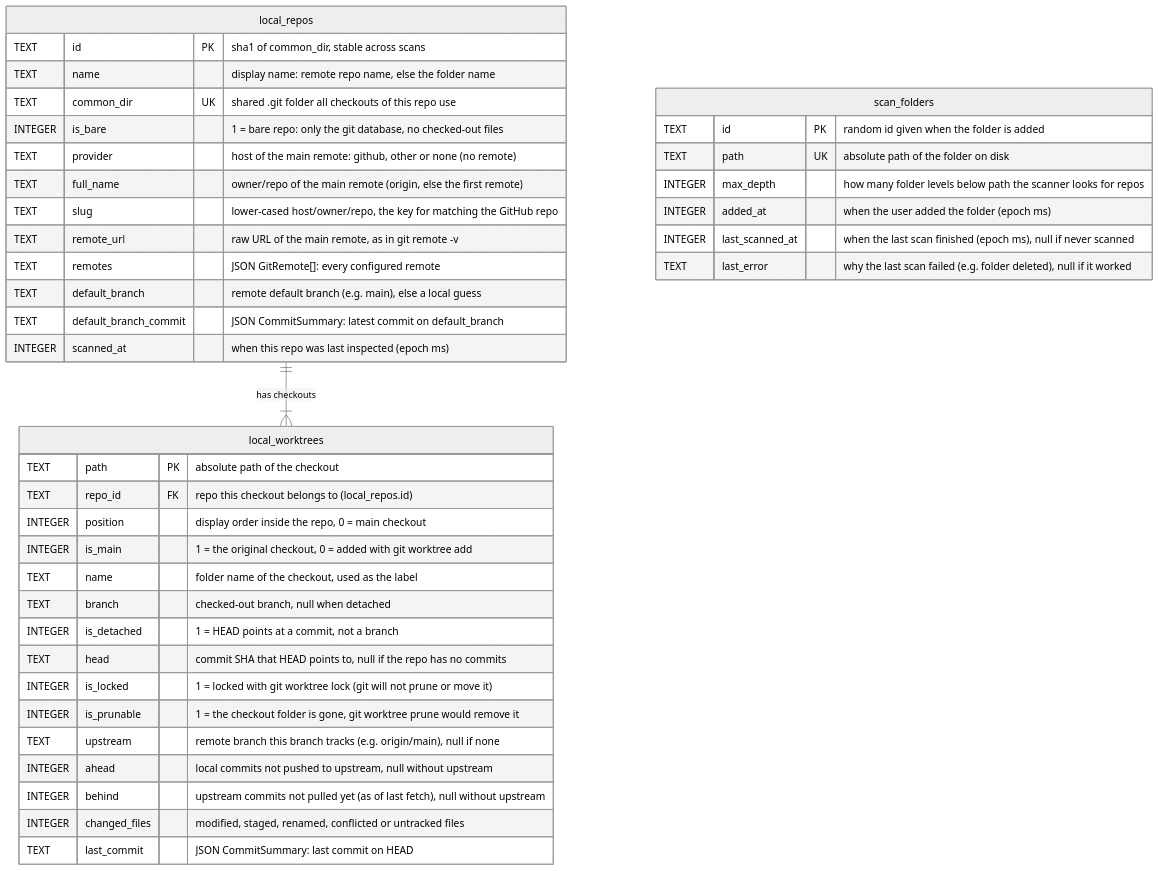
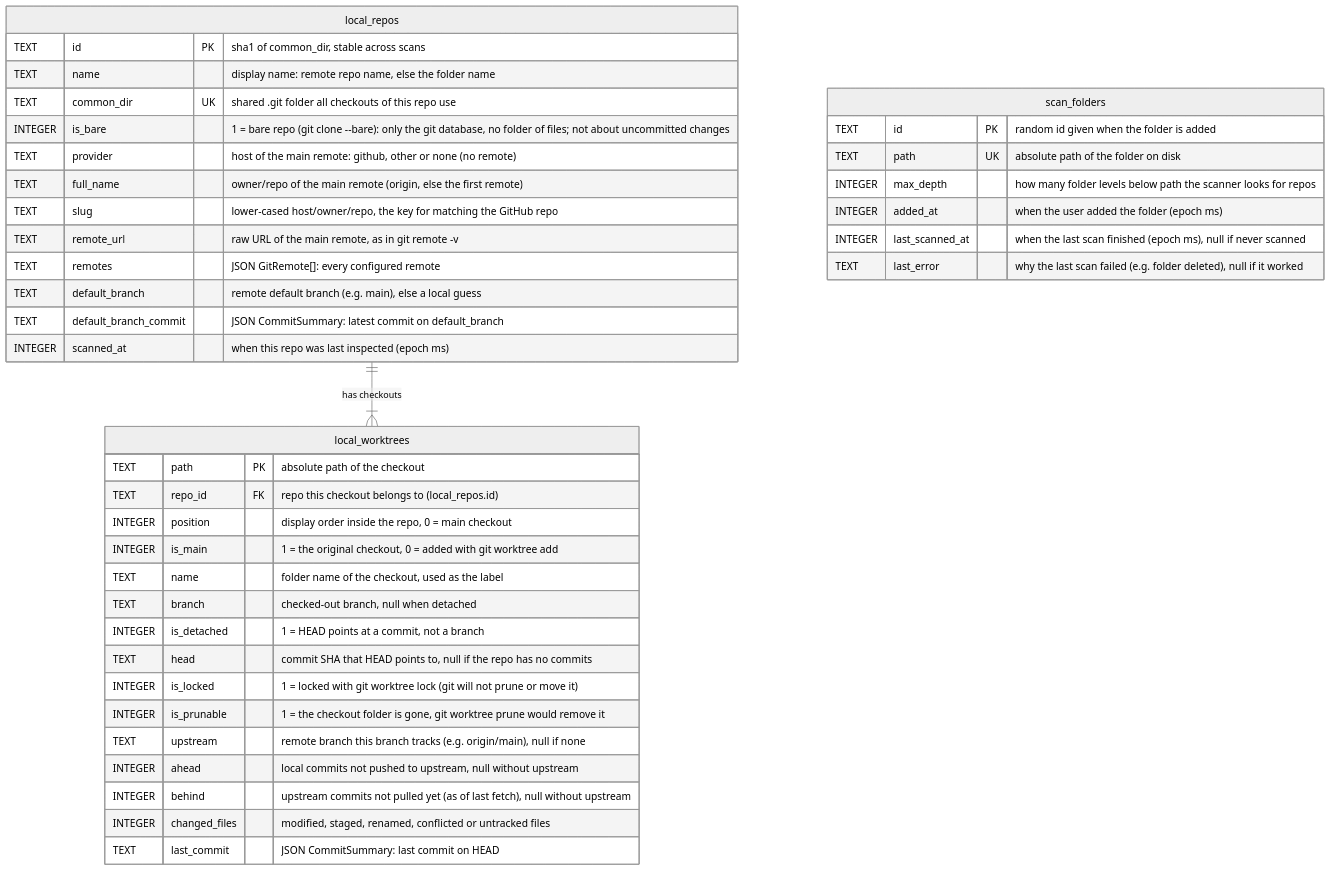
One commit to idotalmor/the-garage-desktop-rn changed the first of 3 diagrams in src/main/local-repos/db/tables/README.md. Above: the diagram before and after it, drawn with Mermaid (neutral theme). The commit also changed 1 other file, not shown here.

Commit message:
Clarify is_bare comment

````diff
--- a/src/main/local-repos/db/tables/README.md
+++ b/src/main/local-repos/db/tables/README.md
@@ -31,44 +31,44 @@
 ```mermaid
 erDiagram
   local_repos ||--|{ local_worktrees : "has checkouts"
 
   scan_folders {
     TEXT id PK "random id given when the folder is added"
     TEXT path UK "absolute path of the folder on disk"
     INTEGER max_depth "how many folder levels below path the scanner looks for repos"
     INTEGER added_at "when the user added the folder (epoch ms)"
     INTEGER last_scanned_at "when the last scan finished (epoch ms), null if never scanned"
     TEXT last_error "why the last scan failed (e.g. folder deleted), null if it worked"
   }
   local_repos {
     TEXT id PK "sha1 of common_dir, stable across scans"
     TEXT name "display name: remote repo name, else the folder name"
     TEXT common_dir UK "shared .git folder all checkouts of this repo use"
-    INTEGER is_bare "1 = bare repo: only the git database, no checked-out files"
+    INTEGER is_bare "1 = bare repo (git clone --bare): only the git database, no folder of files; not about uncommitted changes"
     TEXT provider "host of the main remote: github, other or none (no remote)"
     TEXT full_name "owner/repo of the main remote (origin, else the first remote)"
     TEXT slug "lower-cased host/owner/repo, the key for matching the GitHub repo"
     TEXT remote_url "raw URL of the main remote, as in git remote -v"
     TEXT remotes "JSON GitRemote[]: every configured remote"
     TEXT default_branch "remote default branch (e.g. main), else a local guess"
     TEXT default_branch_commit "JSON CommitSummary: latest commit on default_branch"
     INTEGER scanned_at "when this repo was last inspected (epoch ms)"
   }
   local_worktrees {
     TEXT path PK "absolute path of the checkout"
     TEXT repo_id FK "repo this checkout belongs to (local_repos.id)"
     INTEGER position "display order inside the repo, 0 = main checkout"
     INTEGER is_main "1 = the original checkout, 0 = added with git worktree add"
     TEXT name "folder name of the checkout, used as the label"
     TEXT branch "checked-out branch, null when detached"
     INTEGER is_detached "1 = HEAD points at a commit, not a branch"
     TEXT head "commit SHA that HEAD points to, null if the repo has no commits"
     INTEGER is_locked "1 = locked with git worktree lock (git will not prune or move it)"
     INTEGER is_prunable "1 = the checkout folder is gone, git worktree prune would remove it"
     TEXT upstream "remote branch this branch tracks (e.g. origin/main), null if none"
     INTEGER ahead "local commits not pushed to upstream, null without upstream"
     INTEGER behind "upstream commits not pulled yet (as of last fetch), null without upstream"
     INTEGER changed_files "modified, staged, renamed, conflicted or untracked files"
     TEXT last_commit "JSON CommitSummary: last commit on HEAD"
   }
 ```
````
